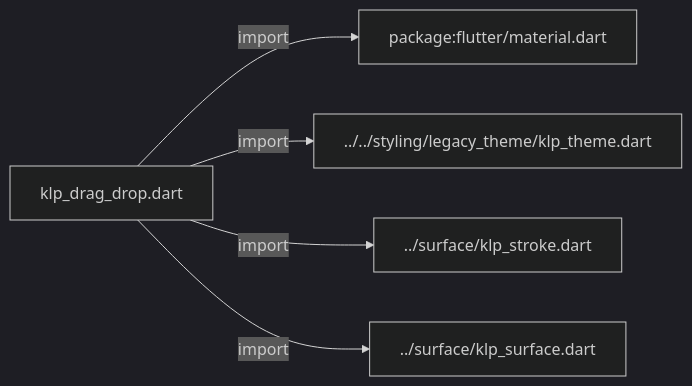
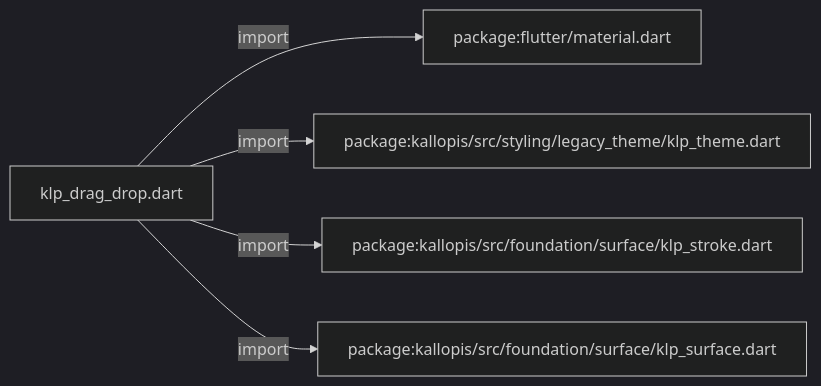
Before and after one commit to MiuDog/Kallopis: the first of 5 diagrams in docs/architecture/src/foundation/interaction/klp_drag_drop.md, drawn with Mermaid (dark theme). The commit also changed other lines of this file and 9688 other files, not shown here.

Commit message:
Prepare isolated Flow F2 peer baseline

````diff
--- a/docs/architecture/src/foundation/interaction/klp_drag_drop.md
+++ b/docs/architecture/src/foundation/interaction/klp_drag_drop.md
@@ -11,12 +11,12 @@
 ```mermaid
 flowchart LR
 	n0["klp_drag_drop.dart"]
 	n1["package:flutter/material.dart"]
-	n2["../../styling/legacy_theme/klp_theme.dart"]
-	n3["../surface/klp_stroke.dart"]
-	n4["../surface/klp_surface.dart"]
+	n2["package:kallopis/src/styling/legacy_theme/klp_theme.dart"]
+	n3["package:kallopis/src/foundation/surface/klp_stroke.dart"]
+	n4["package:kallopis/src/foundation/surface/klp_surface.dart"]
 	n0 -->|"import"| n1
 	n0 -->|"import"| n2
 	n0 -->|"import"| n3
 	n0 -->|"import"| n4
 ```
````
